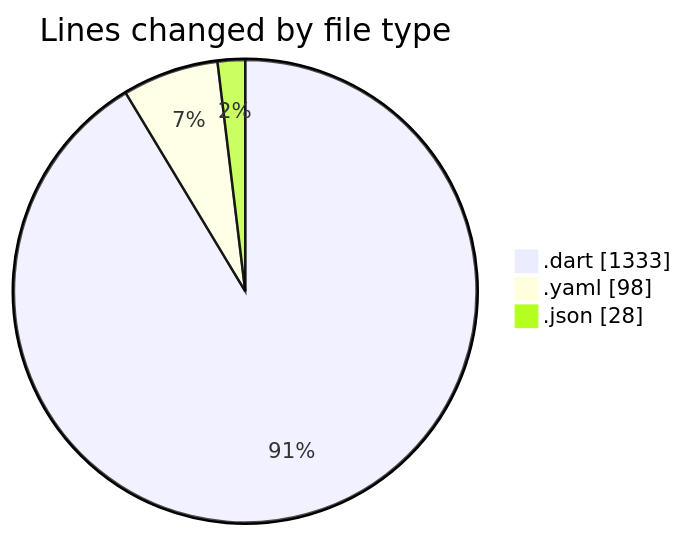
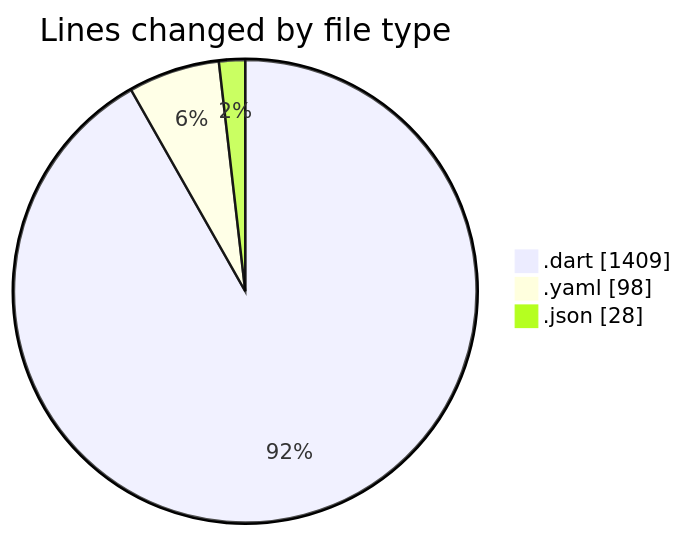
The first of 2 diagrams in 2025-11-01/weather_insights_app/README.md (donsfak/code-tracking), drawn with Mermaid before and after one commit. The commit also changed other lines of this file and 1 other file, not shown here.

````diff
--- a/2025-11-01/weather_insights_app/README.md
+++ b/2025-11-01/weather_insights_app/README.md
@@ -28,7 +28,7 @@
 ```mermaid
 pie showData
 title Lines changed by file type
-".dart" : 1333
+".dart" : 1409
 ".yaml" : 98
 ".json" : 28
 ```
````
